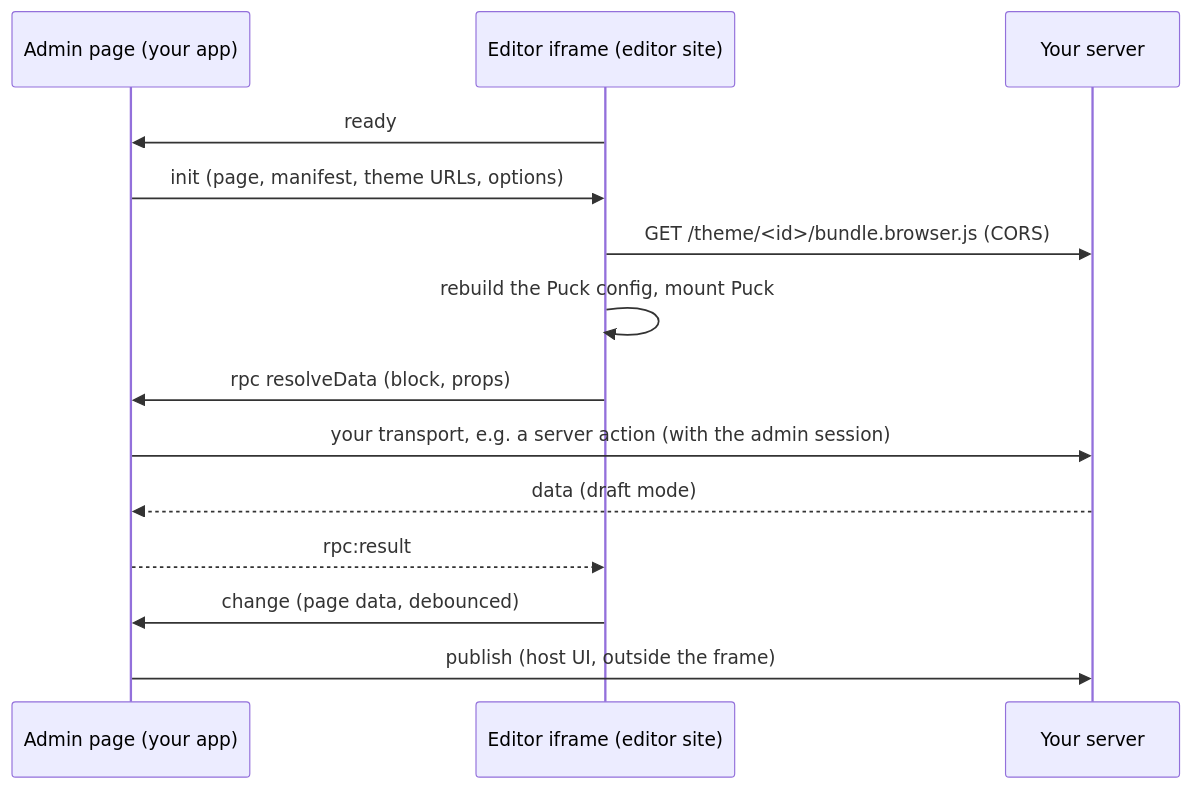
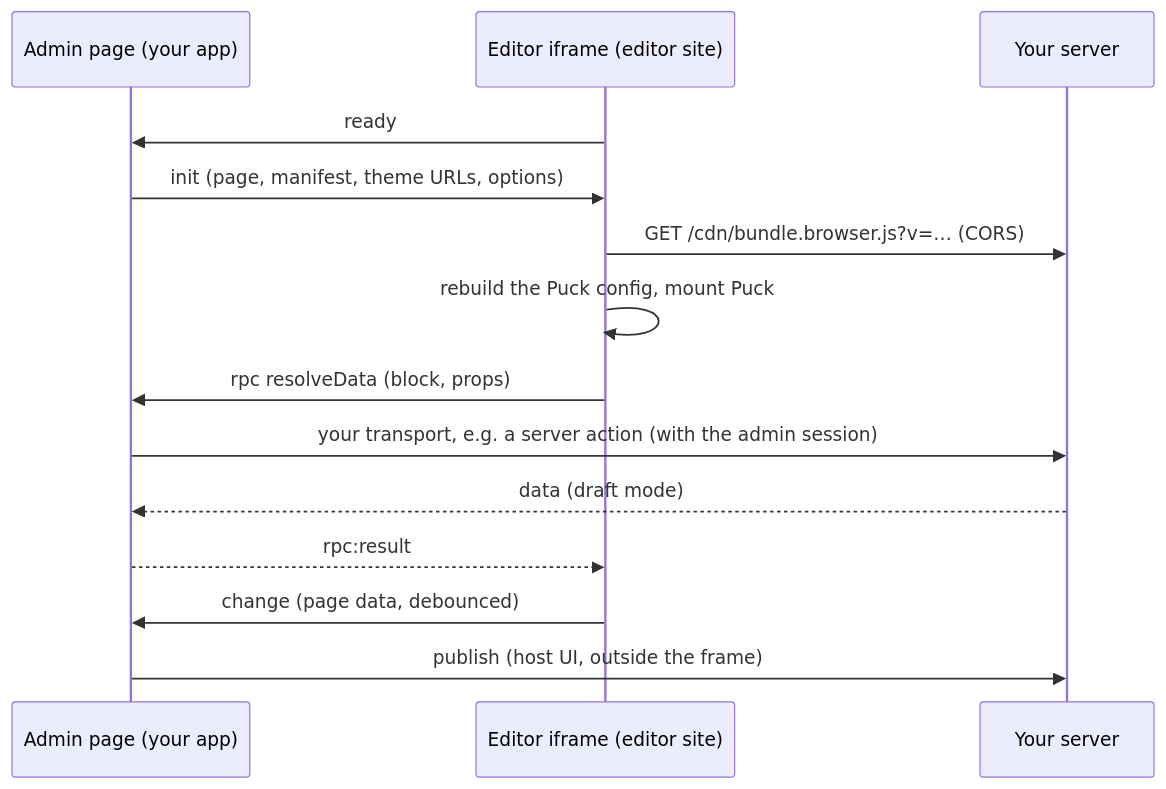
The diagram in apps/docs/content/docs/(framework)/concepts/editor.mdx (0ctanium/puckremote), drawn with Mermaid before and after one commit. The commit also changed 34 other files, not shown here.

First line of the commit message:
Theme file URLs like Shopify: /cdn/<path>?v=<content hash>

````diff
--- a/apps/docs/content/docs/(framework)/concepts/editor.mdx
+++ b/apps/docs/content/docs/(framework)/concepts/editor.mdx
@@ -12,16 +12,16 @@
 ```mermaid
 sequenceDiagram
   participant H as Admin page (your app)
   participant E as Editor iframe (editor site)
   participant S as Your server
   E->>H: ready
   H->>E: init (page, manifest, theme URLs, options)
-  E->>S: GET /theme/<id>/bundle.browser.js (CORS)
+  E->>S: GET /cdn/bundle.browser.js?v=… (CORS)
   E->>E: rebuild the Puck config, mount Puck
   E->>H: rpc resolveData (block, props)
   H->>S: your transport, e.g. a server action (with the admin session)
   S-->>H: data (draft mode)
   H-->>E: rpc:result
   E->>H: change (page data, debounced)
   H->>S: publish (host UI, outside the frame)
 ```
````
